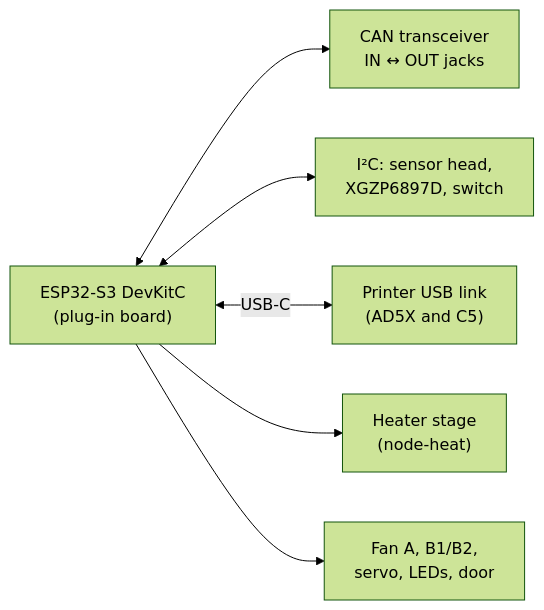
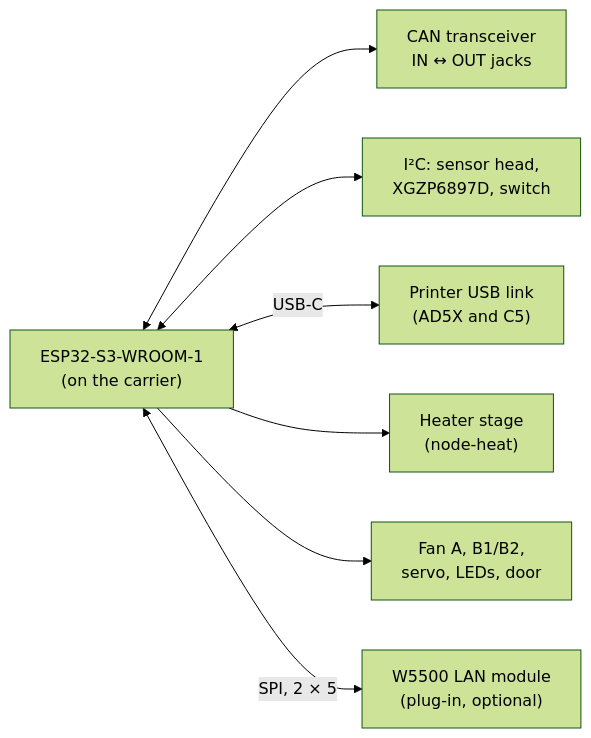
The third of 3 diagrams in docs/02_hardware_specification.md (BashfulBits/3dp-fleet-exhaust), drawn with Mermaid (forest theme) before and after one commit. The commit also changed other lines of this file and 10 other files, not shown here.

First line of the commit message:
D72 ESP32 module on the carrier, W5500 LAN module, UART0 header; D73 Tasmota backends

````diff
--- a/docs/02_hardware_specification.md
+++ b/docs/02_hardware_specification.md
@@ -94,9 +81,10 @@
 ```mermaid
 flowchart LR
-  DEV["ESP32-S3 DevKitC<br>(plug-in board)"]
+  DEV["ESP32-S3-WROOM-1<br>(on the carrier)"]
   DEV <--> CANT["CAN transceiver<br>IN ↔ OUT jacks"]
   DEV <--> I2C["I²C: sensor head,<br>XGZP6897D, switch"]
   DEV <-->|"USB-C"| USB["Printer USB link<br>(AD5X and C5)"]
   DEV --> HEAT["Heater stage<br>(node-heat)"]
   DEV --> FANS["Fan A, B1/B2,<br>servo, LEDs, door"]
+  DEV <-->|"SPI, 2 × 5"| LANM["W5500 LAN module<br>(plug-in, optional)"]
 ```
````
